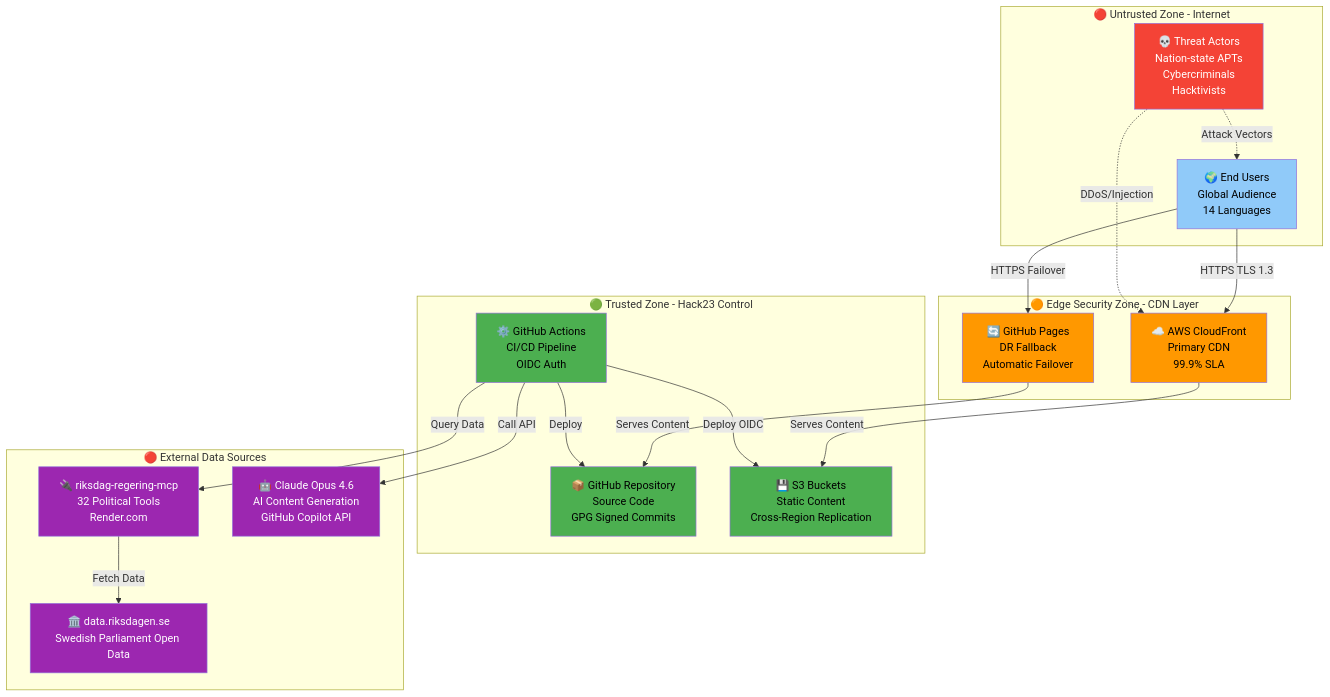
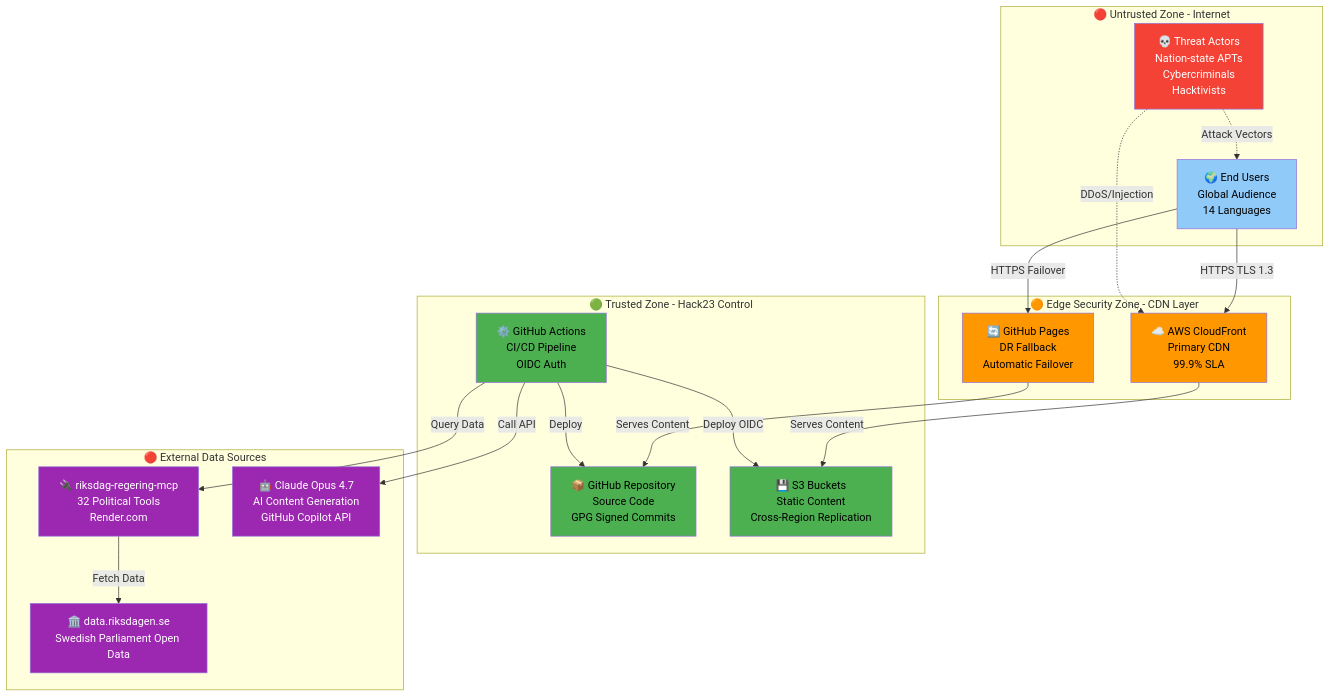
Before and after one commit to Hack23/riksdagsmonitor: the first of 14 diagrams in THREAT_MODEL.md, drawn with Mermaid. The commit also changed other lines of this file and 15 other files, not shown here.

First line of the commit message:
Sync all docs/methodology/skills to Claude Opus 4.7

````diff
--- a/THREAT_MODEL.md
+++ b/THREAT_MODEL.md
@@ -242,50 +242,50 @@
 ```mermaid
 graph TB
     subgraph External["🔴 Untrusted Zone - Internet"]
         User[🌍 End Users<br/>Global Audience<br/>14 Languages]
         Attacker[💀 Threat Actors<br/>Nation-state APTs<br/>Cybercriminals<br/>Hacktivists]
     end
     
     subgraph Edge["🟠 Edge Security Zone - CDN Layer"]
         CloudFront[☁️ AWS CloudFront<br/>Primary CDN<br/>99.9% SLA]
         GitHubPages[🔄 GitHub Pages<br/>DR Fallback<br/>Automatic Failover]
     end
     
     subgraph Internal["🟢 Trusted Zone - Hack23 Control"]
         Repo[📦 GitHub Repository<br/>Source Code<br/>GPG Signed Commits]
         Actions[⚙️ GitHub Actions<br/>CI/CD Pipeline<br/>OIDC Auth]
         S3[💾 S3 Buckets<br/>Static Content<br/>Cross-Region Replication]
     end
     
     subgraph External2["🔴 External Data Sources"]
         MCP[🔌 riksdag-regering-mcp<br/>32 Political Tools<br/>Render.com]
-        Claude[🤖 Claude Opus 4.6<br/>AI Content Generation<br/>GitHub Copilot API]
+        Claude[🤖 Claude Opus 4.7<br/>AI Content Generation<br/>GitHub Copilot API]
         RiksdagAPI[🏛️ data.riksdagen.se<br/>Swedish Parliament Open Data]
     end
     
     User -->|HTTPS TLS 1.3| CloudFront
     User -->|HTTPS Failover| GitHubPages
     Attacker -.->|Attack Vectors| User
     Attacker -.->|DDoS/Injection| CloudFront
     
     CloudFront -->|Serves Content| S3
     GitHubPages -->|Serves Content| Repo
     
     Actions -->|Deploy OIDC| S3
     Actions -->|Deploy| Repo
     Actions -->|Call API| Claude
     Actions -->|Query Data| MCP
     
     MCP -->|Fetch Data| RiksdagAPI
     
     style User fill:#90caf9,color:#000
     style Attacker fill:#f44336,color:#fff
     style CloudFront fill:#ff9800,color:#000
     style GitHubPages fill:#ff9800,color:#000
     style Repo fill:#4caf50,color:#000
     style Actions fill:#4caf50,color:#000
     style S3 fill:#4caf50,color:#000
     style MCP fill:#9c27b0,color:#fff
     style Claude fill:#9c27b0,color:#fff
     style RiksdagAPI fill:#9c27b0,color:#fff
 ```
````
